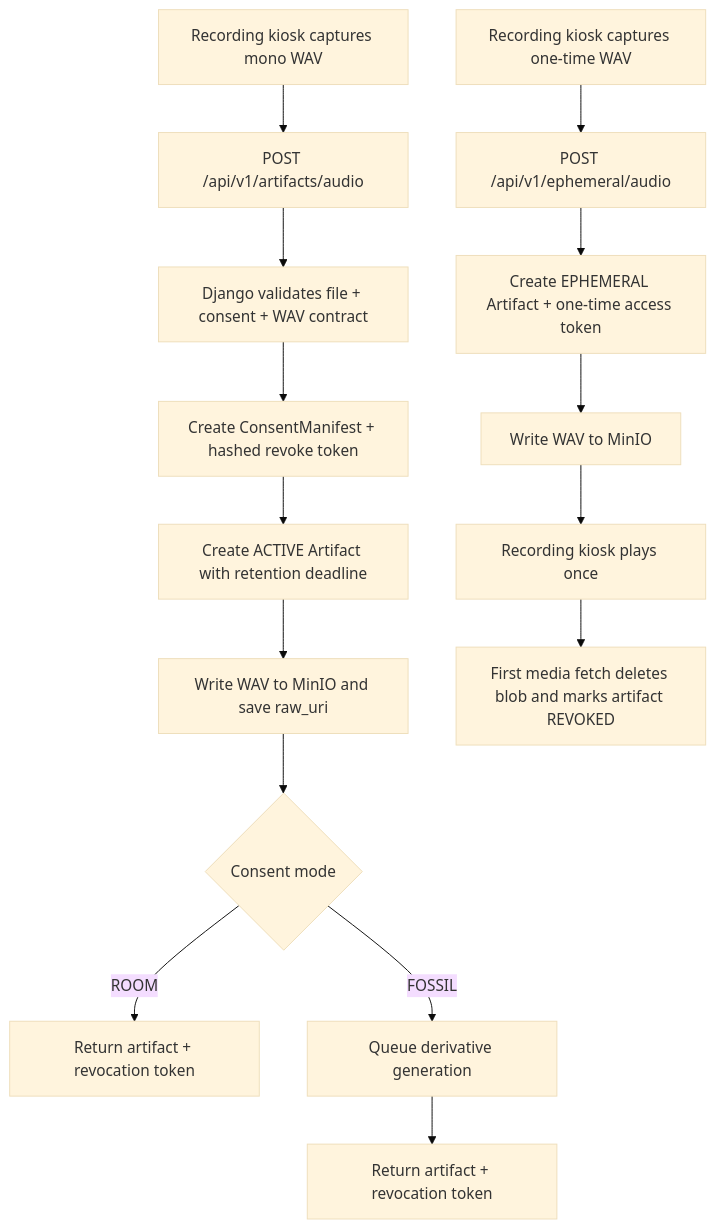
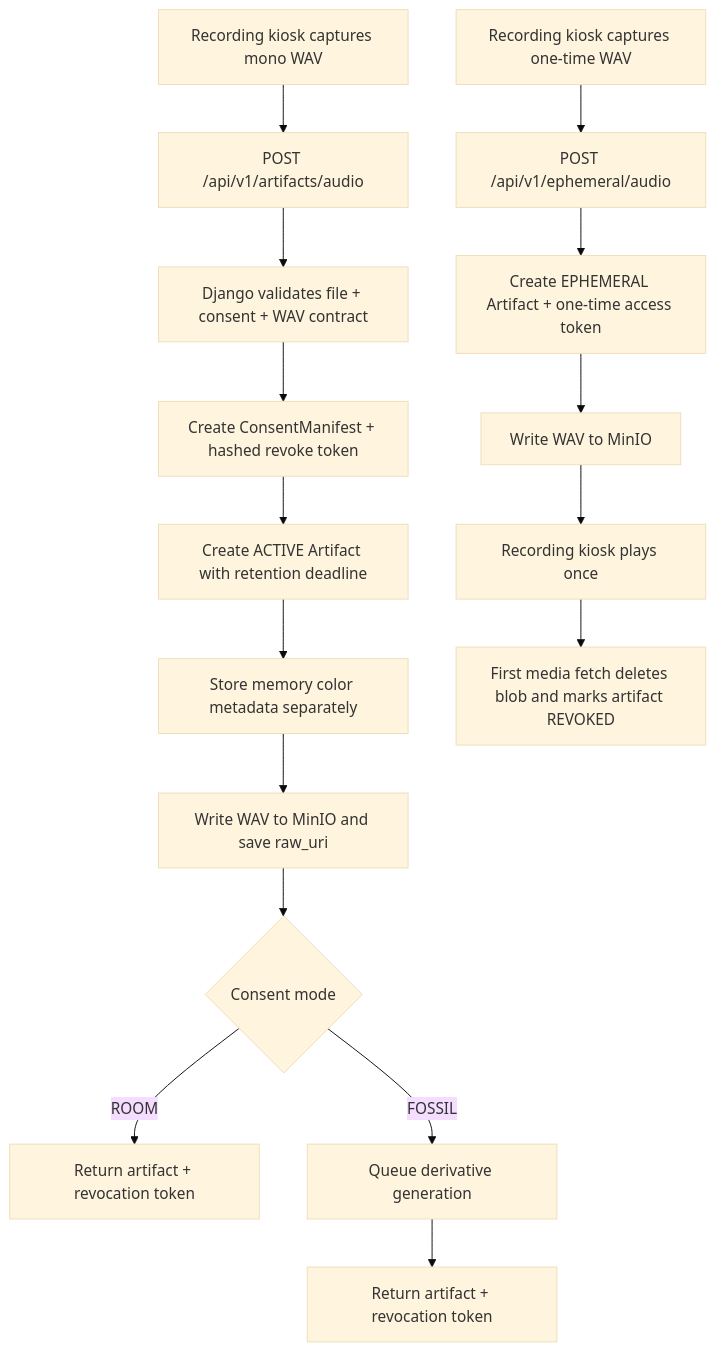
One commit to bseverns/memory-engine changed the third of 5 diagrams in docs/how-the-stack-works.md. Above: the diagram before and after it, drawn with Mermaid (base theme). The commit also changed other lines of this file and 19 other files, not shown here.

````diff
--- a/docs/how-the-stack-works.md
+++ b/docs/how-the-stack-works.md
@@ -327,18 +330,19 @@
 ```mermaid
 flowchart TD
     start["Recording kiosk captures mono WAV"] --> upload["POST /api/v1/artifacts/audio"]
     upload --> validate["Django validates file + consent + WAV contract"]
     validate --> consent["Create ConsentManifest + hashed revoke token"]
     consent --> artifact["Create ACTIVE Artifact with retention deadline"]
-    artifact --> store["Write WAV to MinIO and save raw_uri"]
+    artifact --> effect["Store memory color metadata separately"]
+    effect --> store["Write WAV to MinIO and save raw_uri"]
     store --> branch{"Consent mode"}
     branch -->|ROOM| room["Return artifact + revocation token"]
     branch -->|FOSSIL| queue["Queue derivative generation"]
     queue --> fossil["Return artifact + revocation token"]
 
     nosaveStart["Recording kiosk captures one-time WAV"] --> nosaveUpload["POST /api/v1/ephemeral/audio"]
     nosaveUpload --> eph["Create EPHEMERAL Artifact + one-time access token"]
     eph --> ephStore["Write WAV to MinIO"]
     ephStore --> once["Recording kiosk plays once"]
     once --> purge["First media fetch deletes blob and marks artifact REVOKED"]
 ```
````
